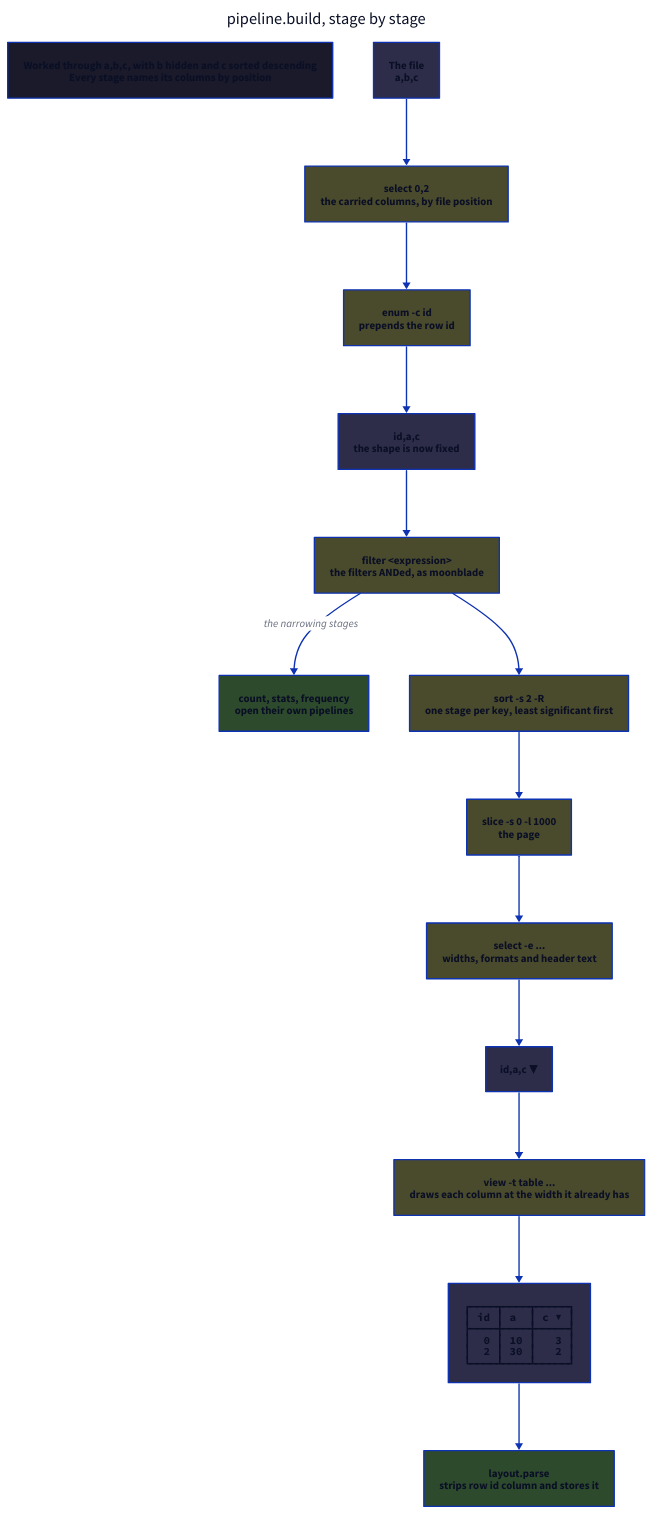
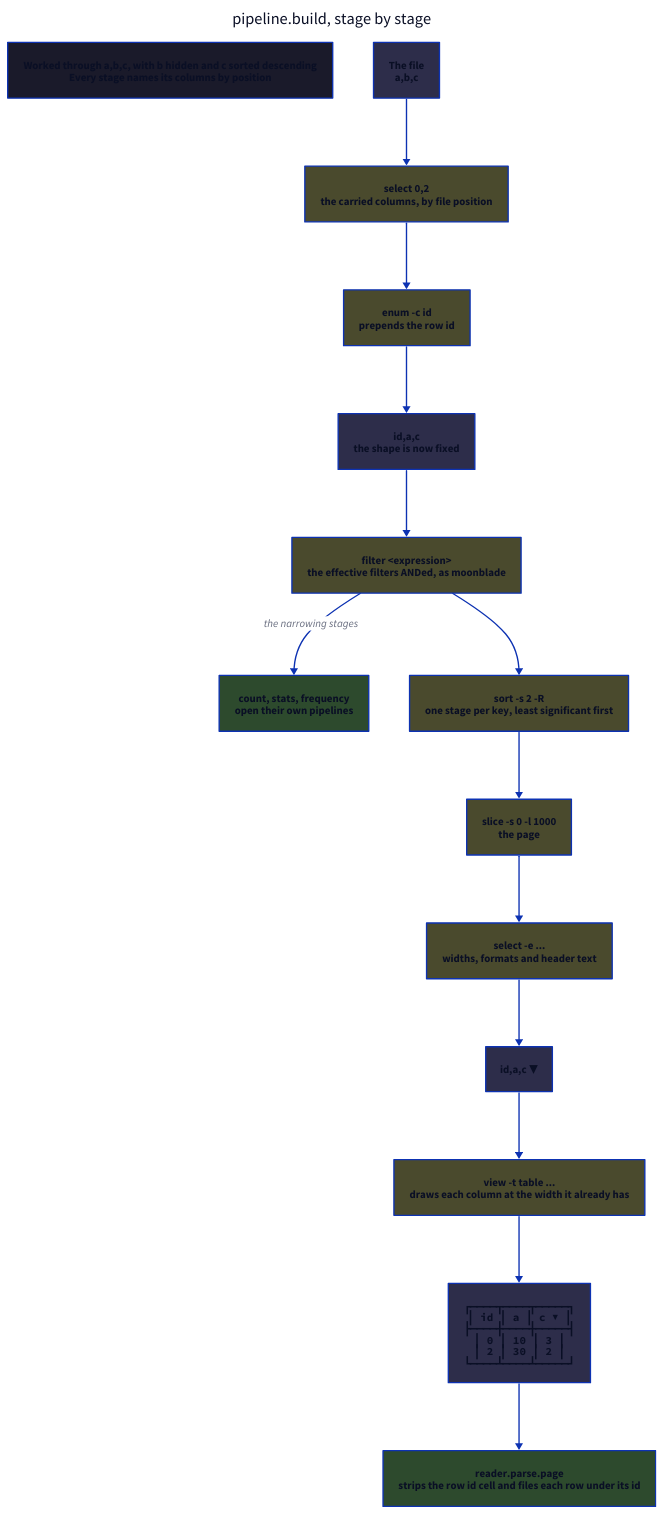
The diagram in docs/05-pipeline.d2 (cseickel/csv-table.nvim), drawn with D2 before and after one commit. The commit also changed 34 other files, not shown here.

```diff
--- a/docs/05-pipeline.d2
+++ b/docs/05-pipeline.d2
@@ -1,47 +1,47 @@
 direction: down
 
 title: pipeline.build, stage by stage {
   near: top-center
   shape: text
   style.font-size: 24
 }
 
 example: "Worked through a,b,c, with b hidden and c sorted descending\nEvery stage names its columns by position" {style.fill: "#1a1a2a"}
 
 classes: {
   stage: {style.fill: "#4a4a2d"}
   shape_after: {style.fill: "#2d2d4a"}
   post: {style.fill: "#2d4a2d"}
 }
 
 source: "The file\na,b,c" {class: shape_after}
 select: "select 0,2\nthe carried columns, by file position" {class: stage}
 enum: "enum -c id\nprepends the row id" {class: stage}
 fixed: "id,a,c\nthe shape is now fixed" {class: shape_after}
-filter: "filter <expression>\nthe filters ANDed, as moonblade" {class: stage}
+filter: "filter <expression>\nthe effective filters ANDed, as moonblade" {class: stage}
 narrowing: "count, stats, frequency\nopen their own pipelines" {class: post}
 sort: "sort -s 2 -R\none stage per key, least significant first" {class: stage}
 slice: "slice -s 0 -l 1000\nthe page" {class: stage}
 display: "select -e ...\nwidths, formats and header text" {class: stage}
 after_display: "id,a,c ▼" {class: shape_after}
 view: "view -t table ...\ndraws each column at the width it already has" {class: stage}
 
-drawn: "┌────┬────┬─────┐\n│ id │ a  │ c ▼ │\n├────┼────┼─────┤\n│  0 │ 10 │   3 │\n│  2 │ 30 │   2 │\n└────┴────┴─────┘" {
+drawn: "┌────┬────┬─────┐\n│ id │ a  │ c ▼ │\n├────┼────┼─────┤\n│  0 │ 10 │   3 │\n│  2 │ 30 │   2 │\n└────┴────┴─────┘" {
   class: shape_after
   style.font: mono
 }
 
-parse: "layout.parse\nstrips row id column and stores it" {class: post}
+parse: "reader.parse.page\nstrips the row id cell and files each row under its id" {class: post}
 
 source -> select
 select -> enum
 enum -> fixed
 fixed -> filter
 filter -> sort
 sort -> slice
 slice -> display
 display -> after_display
 after_display -> view
 view -> drawn
 drawn -> parse
 filter -> narrowing: the narrowing stages
```
